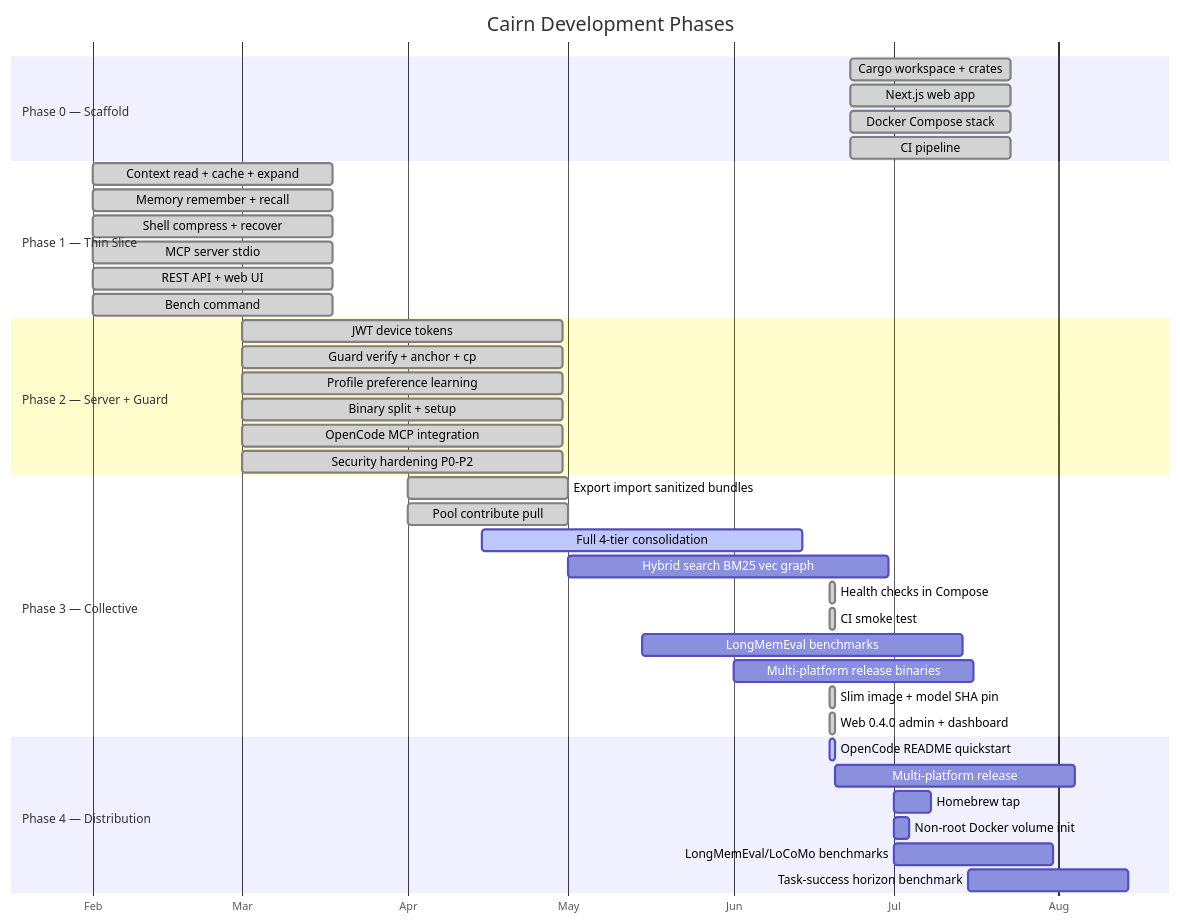
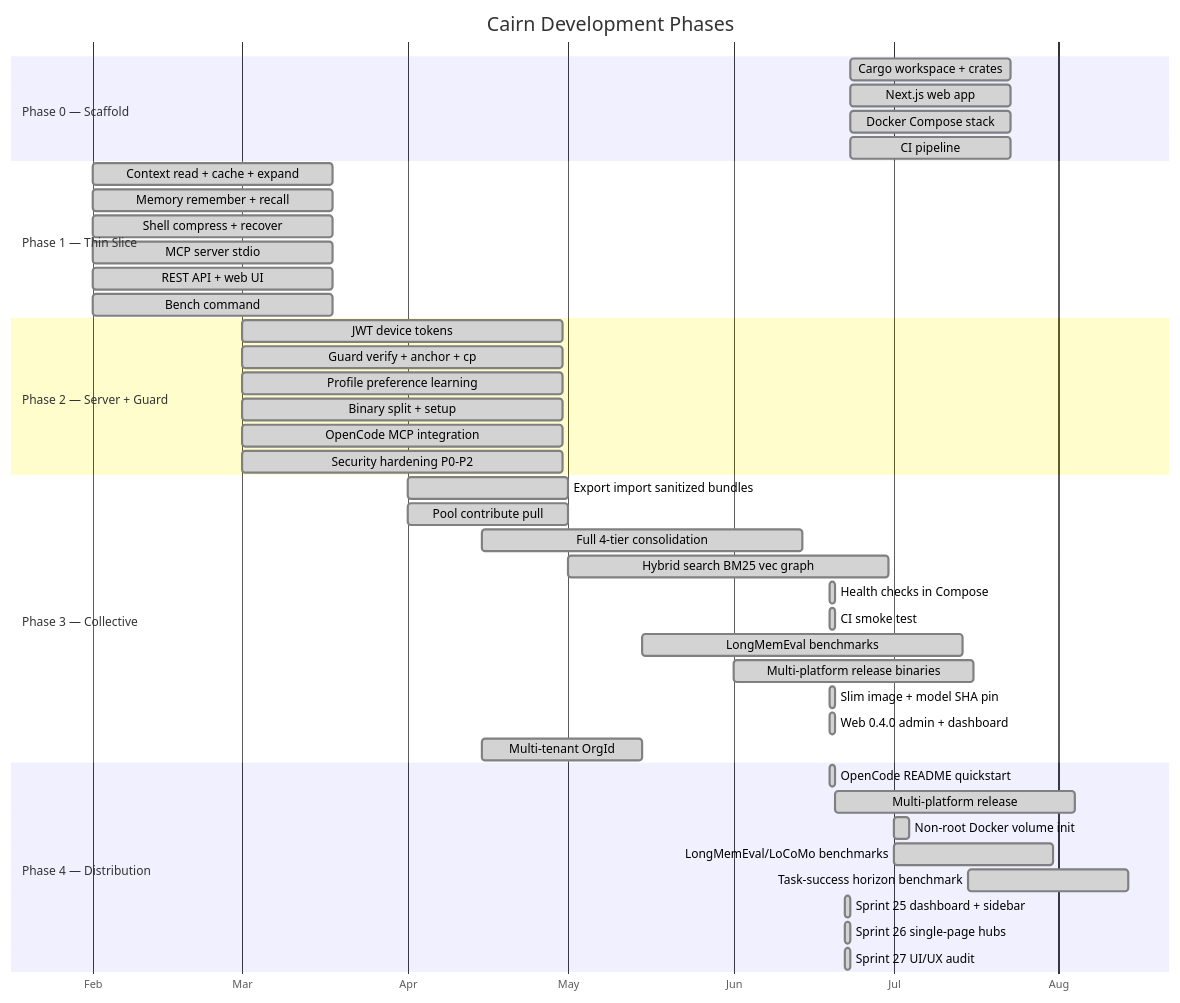
Before and after one commit to Vellixia/cairn: the diagram in docs/ROADMAP.md, drawn with Mermaid. The commit also changed other lines of this file and 16 other files, not shown here.

First line of the commit message:
docs: align v0.5.0 docs with shipped code (audit pass 1)

````diff
--- a/docs/ROADMAP.md
+++ b/docs/ROADMAP.md
@@ -5,48 +5,51 @@
 ```mermaid
 gantt
     title Cairn Development Phases
     dateFormat 2026-01-01
     axisFormat %b
 
     section Phase 0 — Scaffold
     Cargo workspace + crates       :done, p0a, 2026-01-01, 30d
     Next.js web app                :done, p0b, 2026-01-01, 30d
     Docker Compose stack           :done, p0c, 2026-01-01, 30d
     CI pipeline                    :done, p0d, 2026-01-01, 30d
 
     section Phase 1 — Thin Slice
     Context read + cache + expand  :done, p1a, 2026-02-01, 45d
     Memory remember + recall       :done, p1b, 2026-02-01, 45d
     Shell compress + recover       :done, p1c, 2026-02-01, 45d
     MCP server stdio               :done, p1d, 2026-02-01, 45d
     REST API + web UI              :done, p1e, 2026-02-01, 45d
     Bench command                  :done, p1f, 2026-02-01, 45d
 
     section Phase 2 — Server + Guard
     JWT device tokens              :done, p2a, 2026-03-01, 60d
     Guard verify + anchor + cp     :done, p2b, 2026-03-01, 60d
     Profile preference learning    :done, p2c, 2026-03-01, 60d
     Binary split + setup           :done, p2d, 2026-03-01, 60d
     OpenCode MCP integration       :done, p2e, 2026-03-01, 60d
     Security hardening P0-P2       :done, p2f, 2026-03-01, 60d
 
     section Phase 3 — Collective
     Export import sanitized bundles :done, p3a, 2026-04-01, 30d
     Pool contribute pull           :done, p3b, 2026-04-01, 30d
-    Full 4-tier consolidation      :active, p3c, 2026-04-15, 60d
-    Hybrid search BM25 vec graph   :p3d, 2026-05-01, 60d
+    Full 4-tier consolidation      :done, p3c, 2026-04-15, 60d
+    Hybrid search BM25 vec graph   :done, p3d, 2026-05-01, 60d
     Health checks in Compose       :done, p3e, 2026-06-19, 1d
     CI smoke test                  :done, p3f, 2026-06-19, 1d
-    LongMemEval benchmarks         :p3g, 2026-05-15, 60d
-    Multi-platform release binaries :p3i, 2026-06-01, 45d
+    LongMemEval benchmarks         :done, p3g, 2026-05-15, 60d
+    Multi-platform release binaries :done, p3i, 2026-06-01, 45d
     Slim image + model SHA pin     :done, p3j, 2026-06-19, 1d
     Web 0.4.0 admin + dashboard    :done, p3k, 2026-06-19, 1d
+    Multi-tenant OrgId             :done, p3t, 2026-04-15, 30d
 
     section Phase 4 — Distribution
-    OpenCode README quickstart     :active, p4a, 2026-06-19, 1d
-    Multi-platform release         :p4b, 2026-06-20, 45d
-    Homebrew tap                   :p4c, 2026-07-01, 7d
-    Non-root Docker volume init    :p4e, 2026-07-01, 3d
-    LongMemEval/LoCoMo benchmarks  :p4f, 2026-07-01, 30d
-    Task-success horizon benchmark :p4g, 2026-07-15, 30d
+    OpenCode README quickstart     :done, p4a, 2026-06-19, 1d
+    Multi-platform release         :done, p4b, 2026-06-20, 45d
+    Non-root Docker volume init    :done, p4e, 2026-07-01, 3d
+    LongMemEval/LoCoMo benchmarks  :done, p4f, 2026-07-01, 30d
+    Task-success horizon benchmark :done, p4g, 2026-07-15, 30d
+    Sprint 25 dashboard + sidebar  :done, p4h, 2026-06-22, 1d
+    Sprint 26 single-page hubs     :done, p4i, 2026-06-22, 1d
+    Sprint 27 UI/UX audit          :done, p4j, 2026-06-22, 1d
 ```
````
